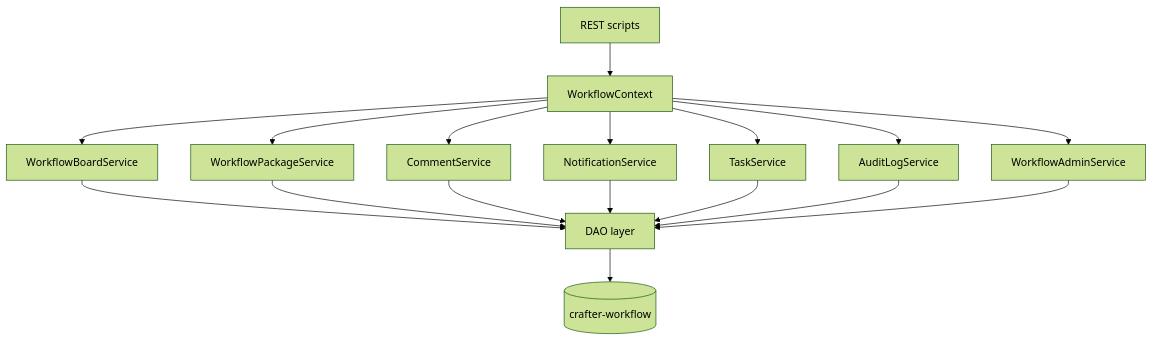
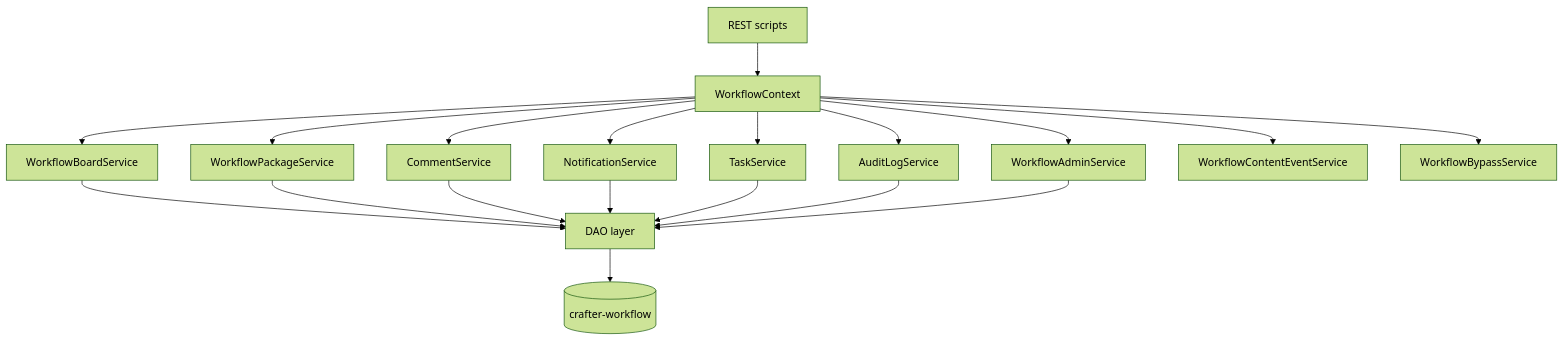
One commit to russdanner/plugin-studio-workflow changed the diagram in docs/API_CONTRACT.md. Above: the diagram before and after it, drawn with Mermaid (forest theme). The commit also changed other lines of this file and 131 other files, not shown here.

````diff
--- a/docs/API_CONTRACT.md
+++ b/docs/API_CONTRACT.md
@@ -484,19 +500,21 @@
 ```mermaid
 flowchart TB
     REST[REST scripts] --> CTX[WorkflowContext]
     CTX --> BS[WorkflowBoardService]
     CTX --> PS[WorkflowPackageService]
     CTX --> CS[CommentService]
     CTX --> NS[NotificationService]
     CTX --> TS[TaskService]
     CTX --> ALS[AuditLogService]
     CTX --> ADM[WorkflowAdminService]
+    CTX --> CES[WorkflowContentEventService]
+    CTX --> WBS[WorkflowBypassService]
     BS --> DAO[DAO layer]
     PS --> DAO
     CS --> DAO
     NS --> DAO
     TS --> DAO
     ALS --> DAO
     ADM --> DAO
     DAO --> DB[(crafter-workflow)]
 ```
````
